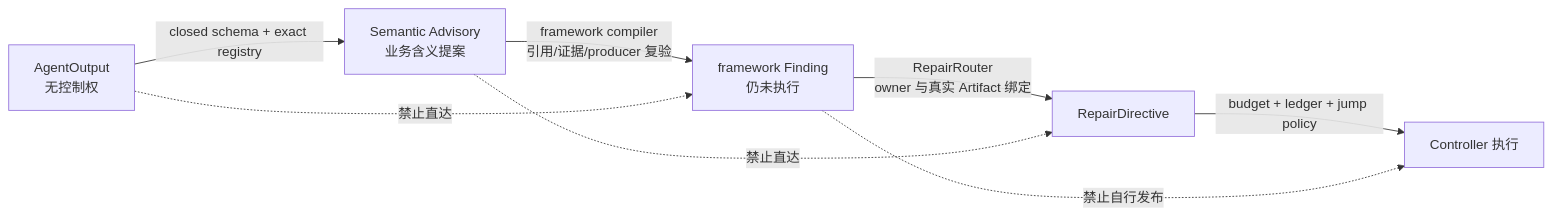
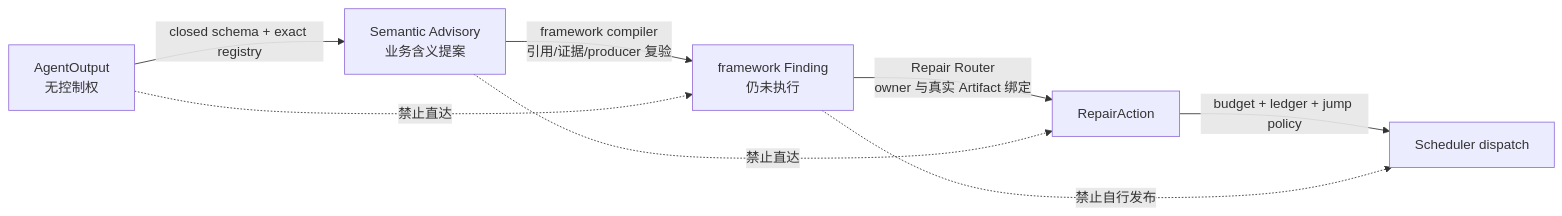
One commit to zhkzly/agent-world-model changed the third of 8 diagrams in docs/agent-world-environment-generation.zh.md. Above: the diagram before and after it, drawn with Mermaid. The commit also changed other lines of this file and 122 other files, not shown here.

````diff
--- a/docs/agent-world-environment-generation.zh.md
+++ b/docs/agent-world-environment-generation.zh.md
@@ -264,11 +283,11 @@
 ```mermaid
 flowchart LR
     AO["AgentOutput<br/>无控制权"] -->|"closed schema + exact registry"| SA["Semantic Advisory<br/>业务含义提案"]
     SA -->|"framework compiler<br/>引用/证据/producer 复验"| FF["framework Finding<br/>仍未执行"]
-    FF -->|"RepairRouter<br/>owner 与真实 Artifact 绑定"| RD["RepairDirective"]
-    RD -->|"budget + ledger + jump policy"| EX["Controller 执行"]
+    FF -->|"Repair Router<br/>owner 与真实 Artifact 绑定"| RD["RepairAction"]
+    RD -->|"budget + ledger + jump policy"| EX["Scheduler dispatch"]
 
     AO -.->|"禁止直达"| FF
     SA -.->|"禁止直达"| RD
     FF -.->|"禁止自行发布"| EX
 ```
````
